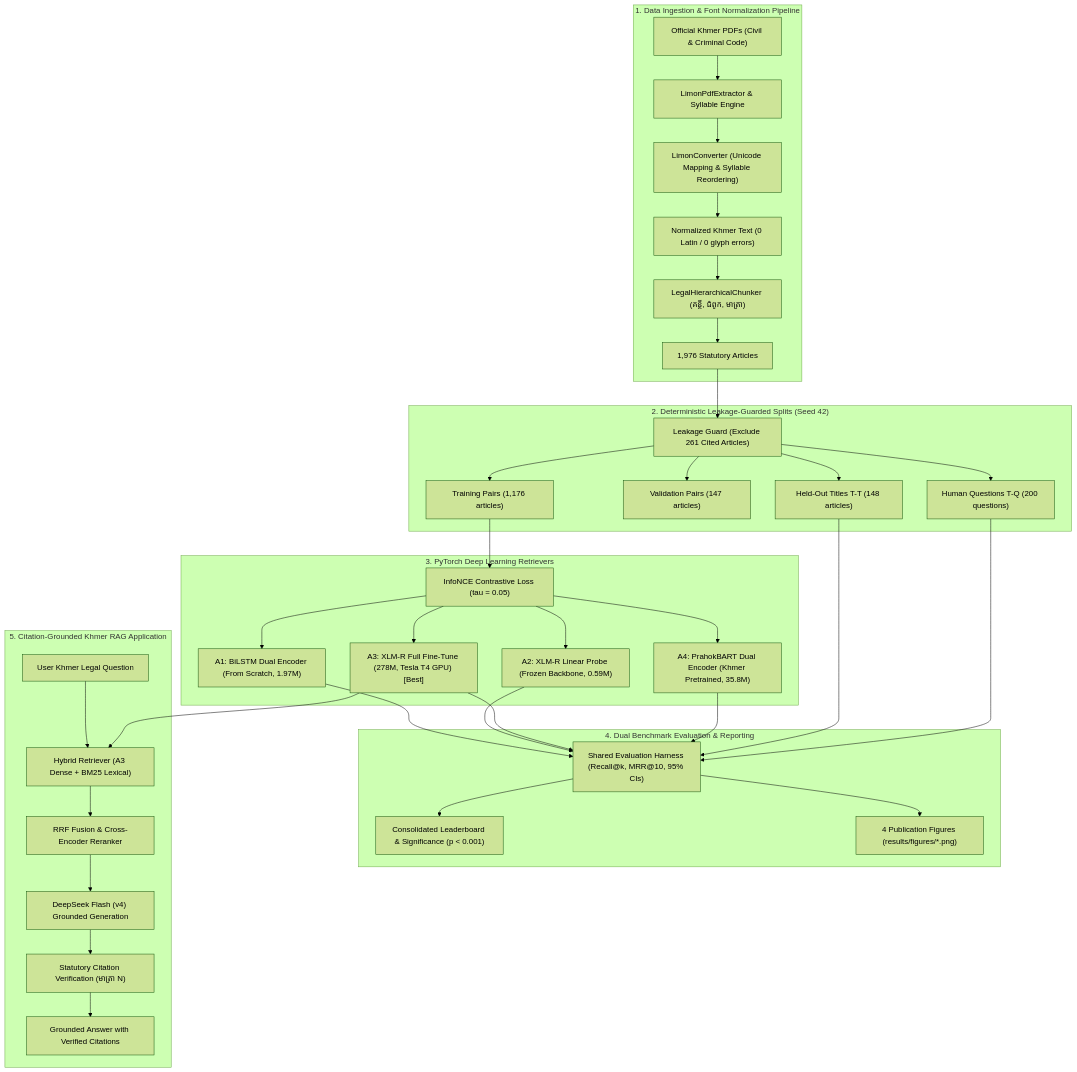
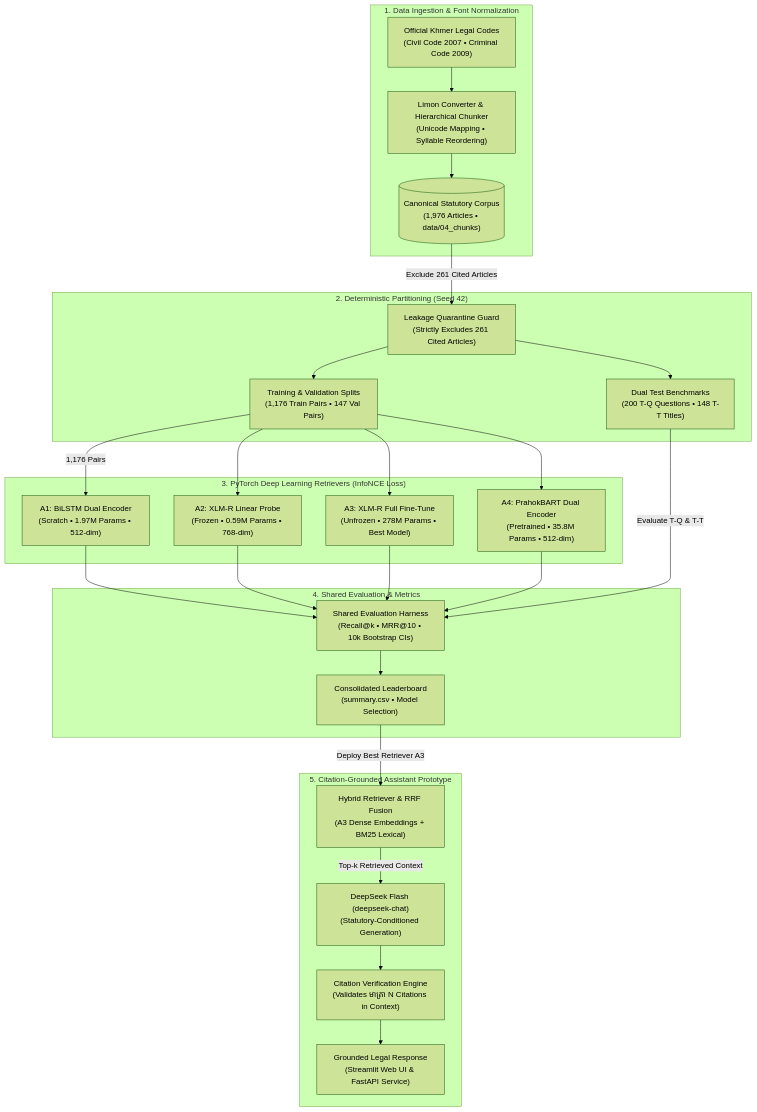
One commit to mengchheanglong/khmer-legal-retrieval changed the first of 2 diagrams in docs/system_architecture.md. Above: the diagram before and after it, drawn with Mermaid (forest theme). The commit also changed 1 other file, not shown here.

Commit message:
docs(readme): replace raster pipeline image with simplified professional Mermaid architecture diagram

````diff
--- a/docs/system_architecture.md
+++ b/docs/system_architecture.md
@@ -9,46 +9,52 @@
 ```mermaid
 flowchart TD
-    subgraph Data["1. Data Ingestion & Font Normalization Pipeline"]
-        PDF["Official Khmer PDFs (Civil & Criminal Code)"] --> Extractor["LimonPdfExtractor & Syllable Engine"]
-        Extractor --> Converter["LimonConverter (Unicode Mapping & Syllable Reordering)"]
-        Converter --> Unicode["Normalized Khmer Text (0 Latin / 0 glyph errors)"]
-        Unicode --> Chunker["LegalHierarchicalChunker (គន្ថី, ជំពូក, មាត្រា)"]
-        Chunker --> Corpus["1,976 Statutory Articles"]
+    subgraph S1["1. Data Ingestion & Font Normalization"]
+        PDF["Official Khmer Legal Codes<br/>(Civil Code 2007 • Criminal Code 2009)"]
+        Converter["Limon Converter & Hierarchical Chunker<br/>(Unicode Mapping • Syllable Reordering)"]
+        Corpus[("Canonical Statutory Corpus<br/>(1,976 Articles • data/04_chunks)")]
+        PDF --> Converter --> Corpus
     end
 
-    subgraph Splits["2. Deterministic Leakage-Guarded Splits (Seed 42)"]
-        Corpus --> Guard["Leakage Guard (Exclude 261 Cited Articles)"]
-        Guard --> TrainPairs["Training Pairs (1,176 articles)"]
-        Guard --> ValPairs["Validation Pairs (147 articles)"]
-        Guard --> TT["Held-Out Titles T-T (148 articles)"]
-        Guard --> TQ["Human Questions T-Q (200 questions)"]
+    subgraph S2["2. Deterministic Partitioning (Seed 42)"]
+        Guard["Leakage Quarantine Guard<br/>(Strictly Excludes 261 Cited Articles)"]
+        TrainVal["Training & Validation Splits<br/>(1,176 Train Pairs • 147 Val Pairs)"]
+        Benchmarks["Dual Test Benchmarks<br/>(200 T-Q Questions • 148 T-T Titles)"]
+        Corpus -->|Exclude 261 Cited Articles| Guard
+        Guard --> TrainVal
+        Guard --> Benchmarks
     end
 
-    subgraph DL["3. PyTorch Deep Learning Retrievers"]
-        TrainPairs --> Loss["InfoNCE Contrastive Loss (tau = 0.05)"]
-        Loss --> A1["A1: BiLSTM Dual Encoder (From Scratch, 1.97M)"]
-        Loss --> A2["A2: XLM-R Linear Probe (Frozen Backbone, 0.59M)"]
-        Loss --> A3["A3: XLM-R Full Fine-Tune (278M, Tesla T4 GPU) [Best]"]
-        Loss --> A4["A4: PrahokBART Dual Encoder (Khmer Pretrained, 35.8M)"]
+    subgraph S3["3. PyTorch Deep Learning Retrievers (InfoNCE Loss)"]
+        A1["A1: BiLSTM Dual Encoder<br/>(Scratch • 1.97M Params • 512-dim)"]
+        A2["A2: XLM-R Linear Probe<br/>(Frozen • 0.59M Params • 768-dim)"]
+        A3["A3: XLM-R Full Fine-Tune<br/>(Unfrozen • 278M Params • Best Model)"]
+        A4["A4: PrahokBART Dual Encoder<br/>(Pretrained • 35.8M Params • 512-dim)"]
+        TrainVal -->|1,176 Pairs| A1
+        TrainVal --> A2
+        TrainVal --> A3
+        TrainVal --> A4
     end
 
-    subgraph Eval["4. Dual Benchmark Evaluation & Reporting"]
-        A1 --> Harness["Shared Evaluation Harness (Recall@k, MRR@10, 95% CIs)"]
+    subgraph S4["4. Shared Evaluation & Metrics"]
+        Harness["Shared Evaluation Harness<br/>(Recall@k • MRR@10 • 10k Bootstrap CIs)"]
+        Results["Consolidated Leaderboard<br/>(summary.csv • Model Selection)"]
+        A1 --> Harness
         A2 --> Harness
         A3 --> Harness
         A4 --> Harness
-        TT --> Harness
-        TQ --> Harness
-        Harness --> Tables["Consolidated Leaderboard & Significance (p < 0.001)"]
-        Harness --> Plots["4 Publication Figures (results/figures/*.png)"]
+        Benchmarks -->|Evaluate T-Q & T-T| Harness
+        Harness --> Results
     end
 
-    subgraph App["5. Citation-Grounded Khmer RAG Application"]
-        UserQ["User Khmer Legal Question"] --> Retriever["Hybrid Retriever (A3 Dense + BM25 Lexical)"]
-        A3 --> Retriever
-        Retriever --> Rerank["RRF Fusion & Cross-Encoder Reranker"]
-        Rerank --> LLM["DeepSeek Flash (v4) Grounded Generation"]
-        LLM --> Verify["Statutory Citation Verification (មាត្រា N)"]
-        Verify --> Answer["Grounded Answer with Verified Citations"]
+    subgraph S5["5. Citation-Grounded Assistant Prototype"]
+        Retriever["Hybrid Retriever & RRF Fusion<br/>(A3 Dense Embeddings + BM25 Lexical)"]
+        LLM["DeepSeek Flash (deepseek-chat)<br/>(Statutory-Conditioned Generation)"]
+        Verifier["Citation Verification Engine<br/>(Validates មាត្រា N Citations in Context)"]
+        Answer["Grounded Legal Response<br/>(Streamlit Web UI & FastAPI Service)"]
+        Retriever -->|Top-k Retrieved Context| LLM
+        LLM --> Verifier
+        Verifier --> Answer
     end
+
+    Results -->|Deploy Best Retriever A3| Retriever
 ```
````
